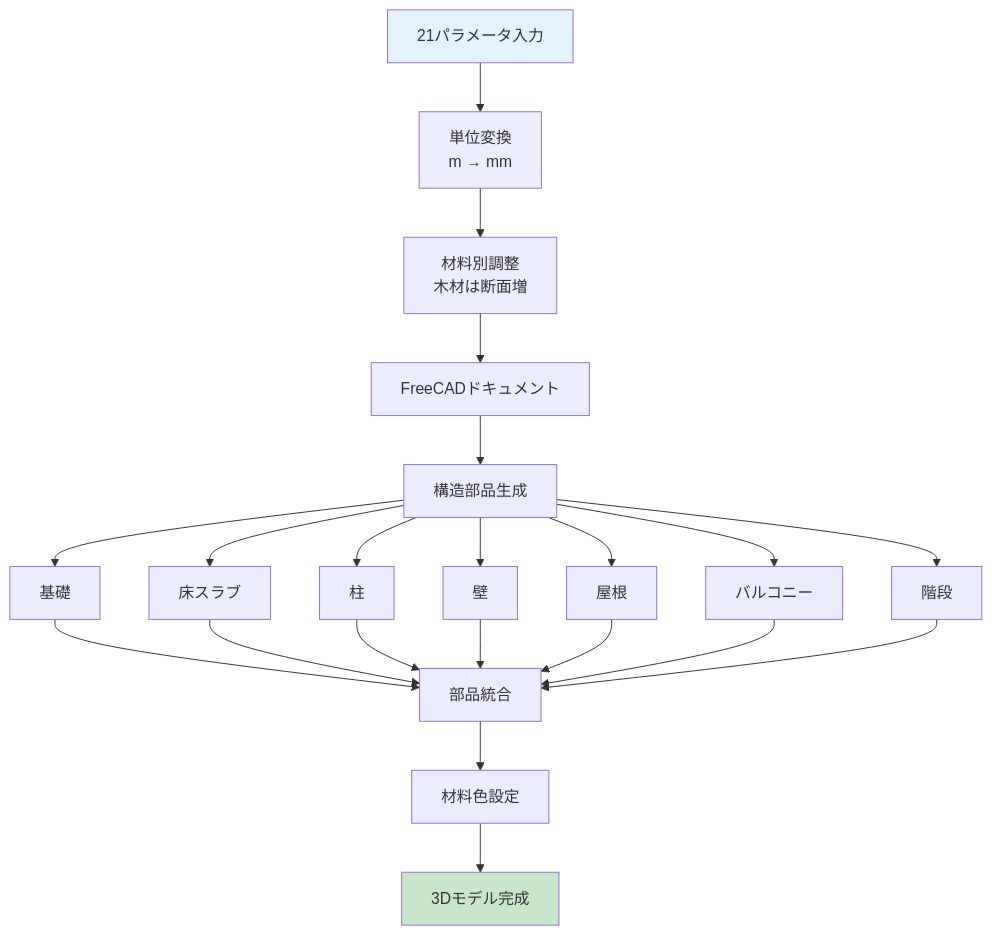
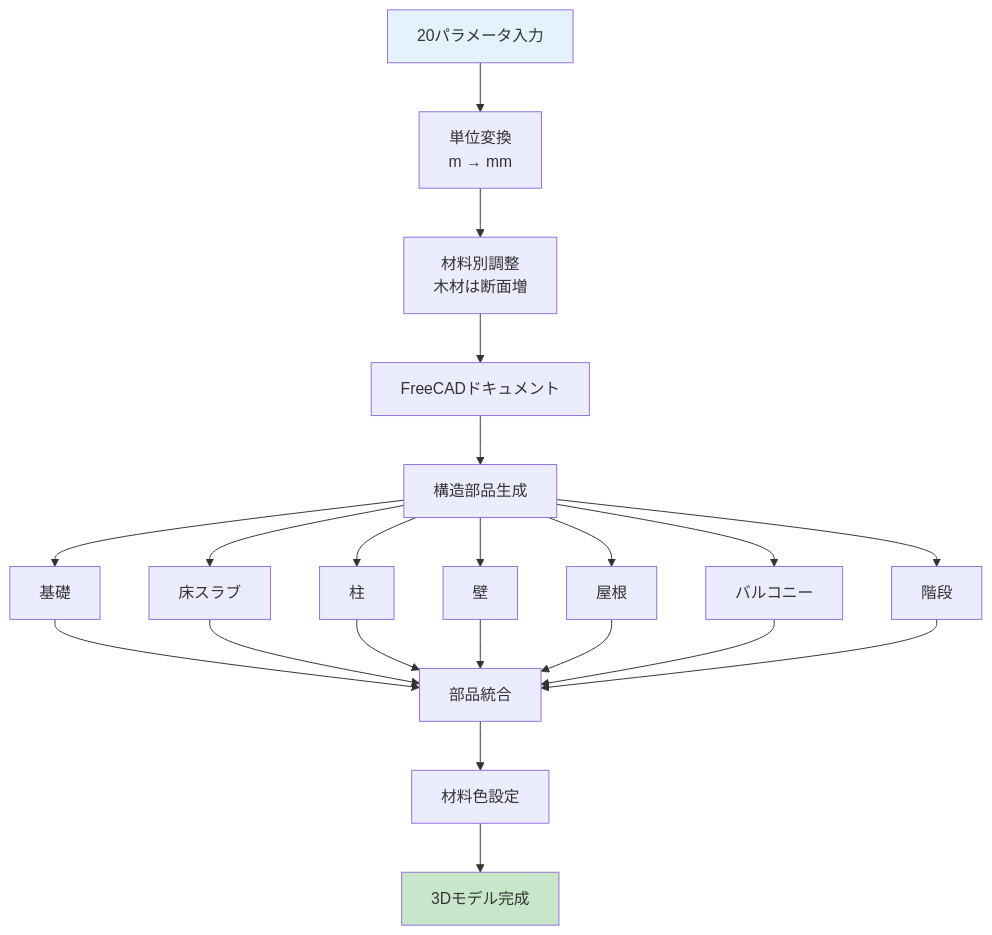
One commit to jkushida/ai-arch changed the fifth of 5 diagrams in generate_building_fem_analyze_report.md. Above: the diagram before and after it, drawn with Mermaid. The commit also changed other lines of this file and 11 other files, not shown here.

````diff
--- a/generate_building_fem_analyze_report.md
+++ b/generate_building_fem_analyze_report.md
@@ -187,22 +187,22 @@
 ```mermaid
 flowchart TD
-    A["21パラメータ入力"] --> B["単位変換<br/>m → mm"]
+    A["20パラメータ入力"] --> B["単位変換<br/>m → mm"]
     B --> C["材料別調整<br/>木材は断面増"]
     C --> D["FreeCADドキュメント"]
     
     D --> E["構造部品生成"]
     E --> E1["基礎"]
     E --> E2["床スラブ"]
     E --> E3["柱"]
     E --> E4["壁"]
     E --> E5["屋根"]
     E --> E6["バルコニー"]
     E --> E7["階段"]
     
     E1 & E2 & E3 & E4 & E5 & E6 & E7 --> F["部品統合"]
     F --> G["材料色設定"]
     G --> H["3Dモデル完成"]
     
     style A fill:#e3f2fd
     style H fill:#c8e6c9
 ```
````
